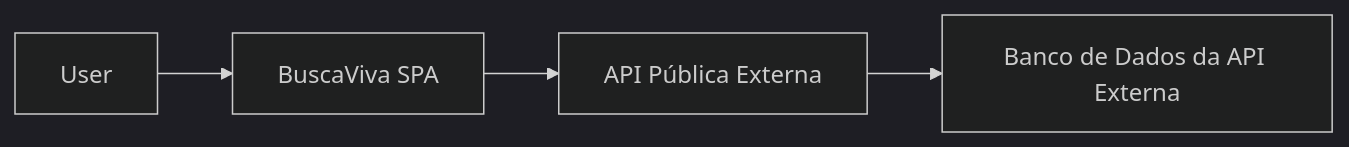
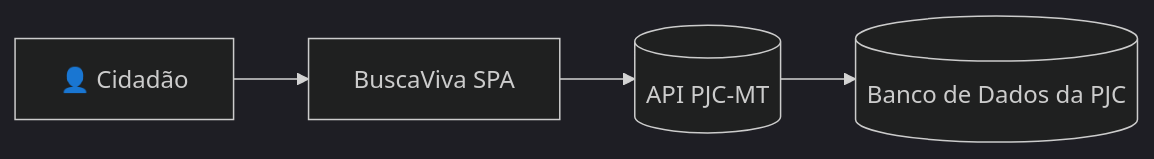
Before and after one commit to ezequielvinicius/BuscaVivaMT: the first of 4 diagrams in docs/02-architecture/ARQUITETURA.md, drawn with Mermaid (dark theme). The commit also changed other lines of this file and 30 other files, not shown here.

````diff
--- a/docs/02-architecture/ARQUITETURA.md
+++ b/docs/02-architecture/ARQUITETURA.md
@@ -9,6 +11,6 @@
 ```mermaid
 graph LR
-    User --> Frontend[BuscaViva SPA]
-    Frontend --> ExternalAPI[API Pública Externa]
-    ExternalAPI --> Database[Banco de Dados da API Externa]
+    User[👤 Cidadão] --> Frontend[BuscaViva SPA]
+    Frontend --> API[(API PJC-MT)]
+    API --> Database[(Banco de Dados da PJC)]
 ```
````
